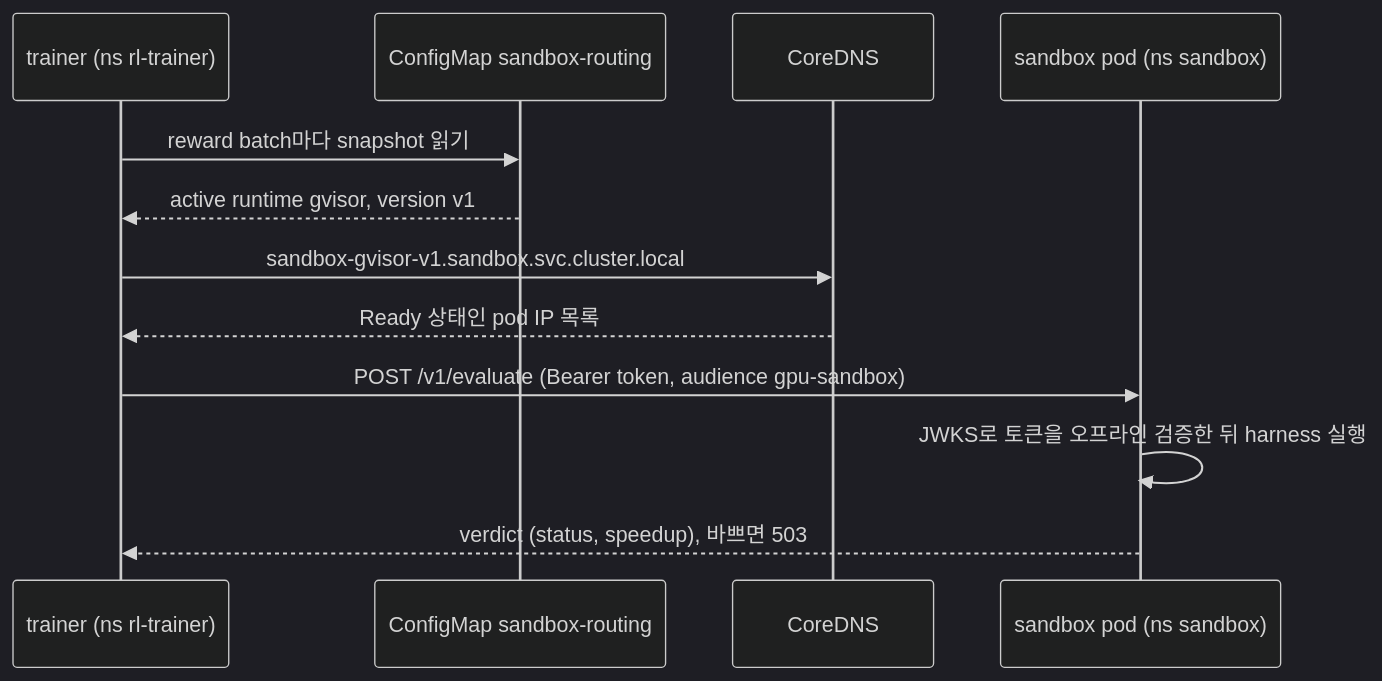
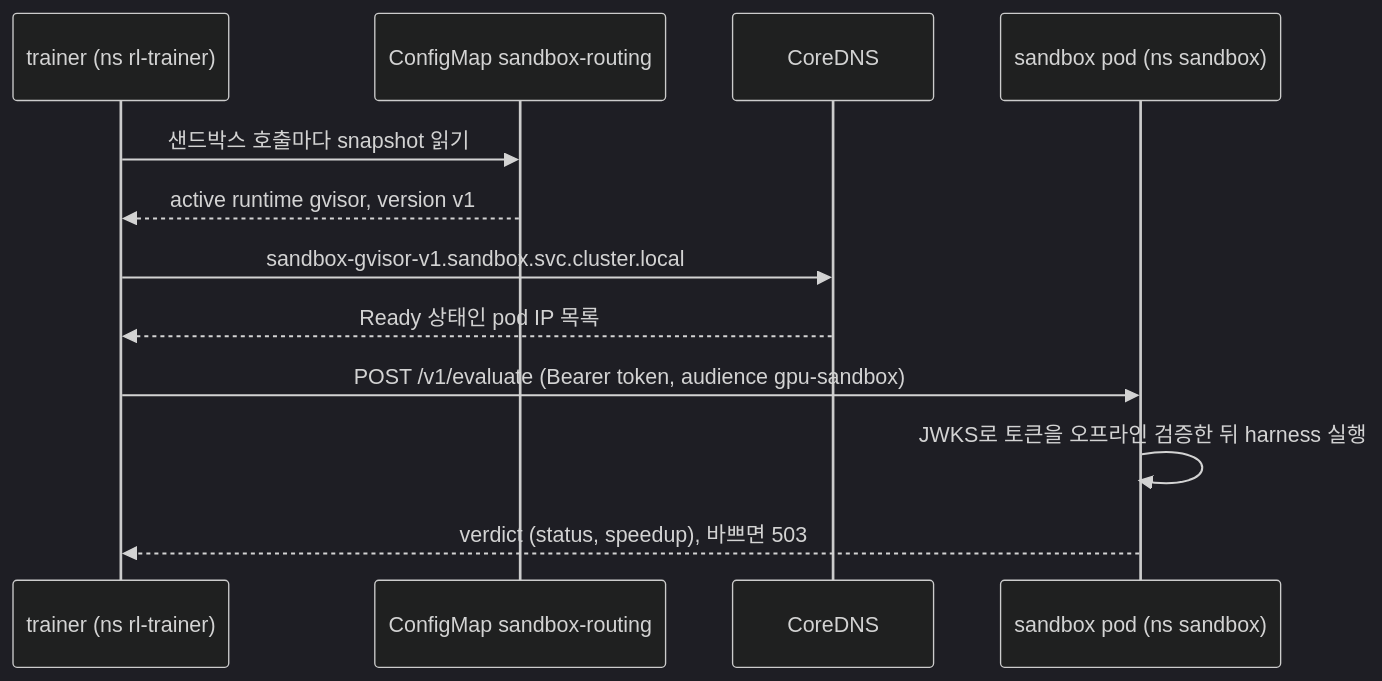
Before and after one commit to daekeun-ml/gpu-sandbox-on-aws: the second of 4 diagrams in docs/handson/00_overview.md, drawn with Mermaid (dark theme). The commit also changed other lines of this file and 171 other files, not shown here.

````diff
--- a/docs/handson/00_overview.md
+++ b/docs/handson/00_overview.md
@@ -112,14 +112,14 @@
 ```mermaid
 sequenceDiagram
     participant T as trainer (ns rl-trainer)
     participant CM as ConfigMap sandbox-routing
     participant DNS as CoreDNS
     participant S as sandbox pod (ns sandbox)
-    T->>CM: reward batch마다 snapshot 읽기
+    T->>CM: 샌드박스 호출마다 snapshot 읽기
     CM-->>T: active runtime gvisor, version v1
     T->>DNS: sandbox-gvisor-v1.sandbox.svc.cluster.local
     DNS-->>T: Ready 상태인 pod IP 목록
     T->>S: POST /v1/evaluate (Bearer token, audience gpu-sandbox)
     S->>S: JWKS로 토큰을 오프라인 검증한 뒤 harness 실행
     S-->>T: verdict (status, speedup), 바쁘면 503
 ```
````
